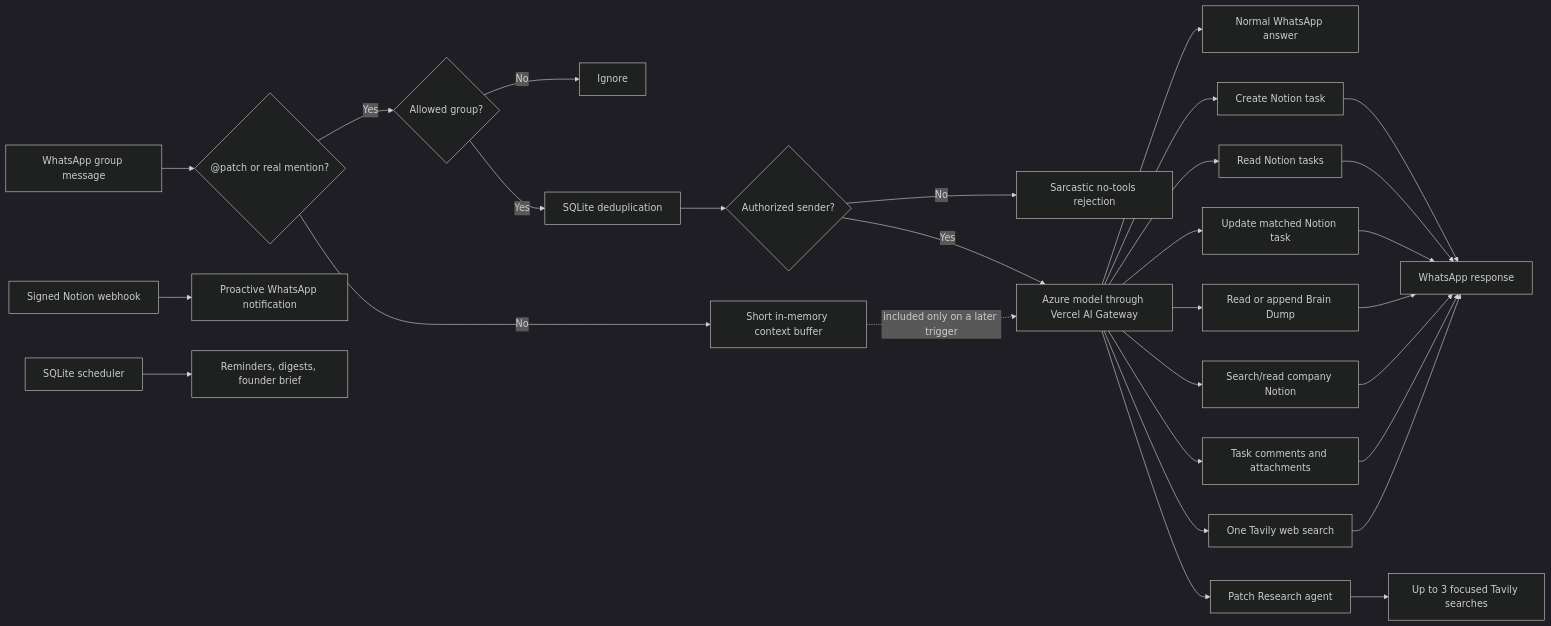
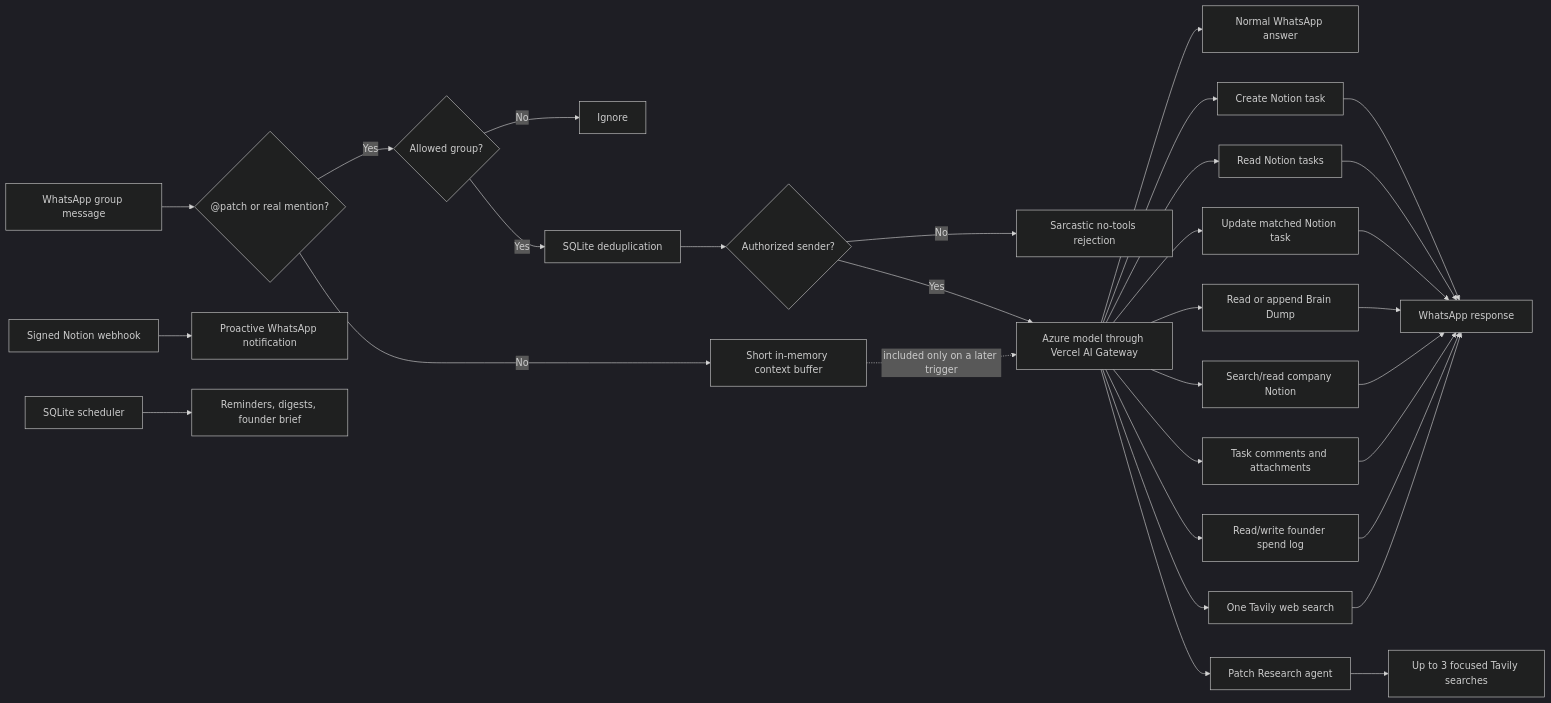
The diagram in README.md (sagnik11/dia-whatsapp-bot), drawn with Mermaid (dark theme) before and after one commit. The commit also changed other lines of this file and 9 other files, not shown here.

Commit message:
Add Notion founder spend log

````diff
--- a/README.md
+++ b/README.md
@@ -76,31 +77,33 @@
 ```mermaid
 flowchart LR
     W["WhatsApp group message"] --> T{"@patch or real mention?"}
     T -- No --> C["Short in-memory context buffer"]
     T -- Yes --> G{"Allowed group?"}
     G -- No --> X["Ignore"]
     G -- Yes --> D["SQLite deduplication"]
     D --> U{"Authorized sender?"}
     U -- No --> R["Sarcastic no-tools rejection"]
     U -- Yes --> A["Azure model through Vercel AI Gateway"]
     C -.->|included only on a later trigger| A
     A --> Q["Normal WhatsApp answer"]
     A --> N1["Create Notion task"]
     A --> N2["Read Notion tasks"]
     A --> N5["Update matched Notion task"]
     A --> N3["Read or append Brain Dump"]
     A --> N4["Search/read company Notion"]
     A --> N6["Task comments and attachments"]
+    A --> N7["Read/write founder spend log"]
     A --> S["One Tavily web search"]
     A --> RA["Patch Research agent"]
     RA --> MS["Up to 3 focused Tavily searches"]
     NW["Signed Notion webhook"] --> PN["Proactive WhatsApp notification"]
     SC["SQLite scheduler"] --> FB["Reminders, digests, founder brief"]
     N1 --> O["WhatsApp response"]
     N2 --> O
     N5 --> O
     N3 --> O
     N4 --> O
     N6 --> O
+    N7 --> O
     S --> O
 ```
````
